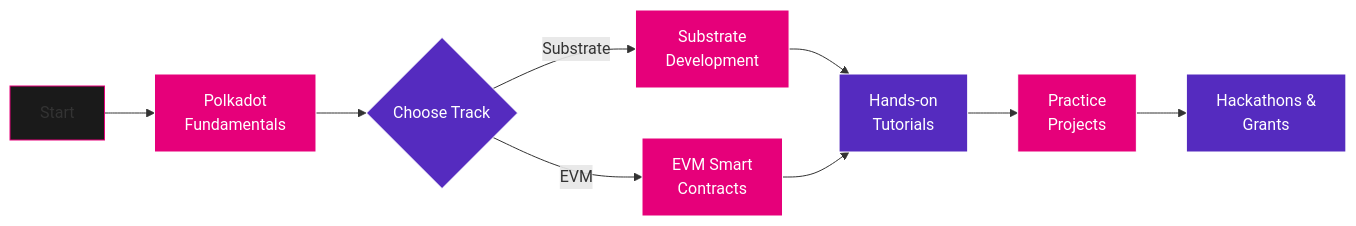
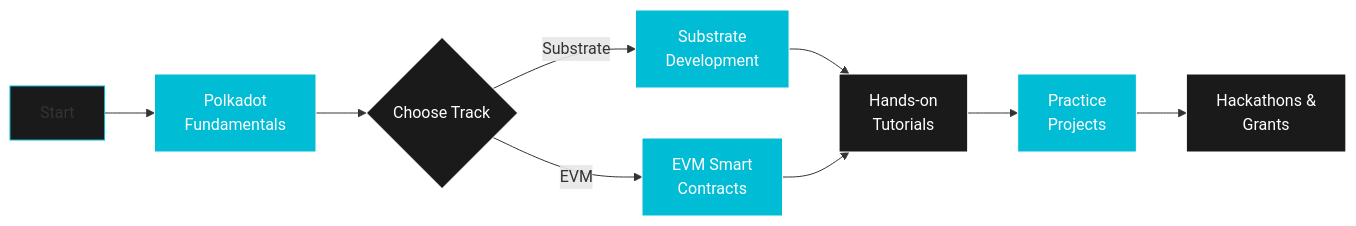
The sixth of 7 diagrams in slides/build-on-polkadot-narratives.md (openguild-labs/polkadot-codecamp), drawn with Mermaid before and after one commit. The commit also changed other lines of this file and 6 other files, not shown here.

````diff
--- a/slides/build-on-polkadot-narratives.md
+++ b/slides/build-on-polkadot-narratives.md
@@ -450,20 +450,20 @@
 ```mermaid
 graph LR
     START[Start] --> FUND[Polkadot<br/>Fundamentals]
     FUND --> TRACK{Choose Track}
     TRACK -->|Substrate| SUB[Substrate<br/>Development]
     TRACK -->|EVM| EVM[EVM Smart<br/>Contracts]
     SUB --> TUT[Hands-on<br/>Tutorials]
     EVM --> TUT
     TUT --> BUILD[Practice<br/>Projects]
     BUILD --> HACK[Hackathons &<br/>Grants]
 
-    style START fill:#1a1a1a,stroke:#E6007A
-    style FUND fill:#E6007A,stroke:#fff,color:#fff
-    style TRACK fill:#552BBF,stroke:#fff,color:#fff
-    style SUB fill:#E6007A,stroke:#fff,color:#fff
-    style EVM fill:#E6007A,stroke:#fff,color:#fff
-    style TUT fill:#552BBF,stroke:#fff,color:#fff
-    style BUILD fill:#E6007A,stroke:#fff,color:#fff
-    style HACK fill:#552BBF,stroke:#fff,color:#fff
+    style START fill:#1a1a1a,stroke:#00BCD4
+    style FUND fill:#00BCD4,stroke:#fff,color:#fff
+    style TRACK fill:#1a1a1a,stroke:#fff,color:#fff
+    style SUB fill:#00BCD4,stroke:#fff,color:#fff
+    style EVM fill:#00BCD4,stroke:#fff,color:#fff
+    style TUT fill:#1a1a1a,stroke:#fff,color:#fff
+    style BUILD fill:#00BCD4,stroke:#fff,color:#fff
+    style HACK fill:#1a1a1a,stroke:#fff,color:#fff
 ```
````
